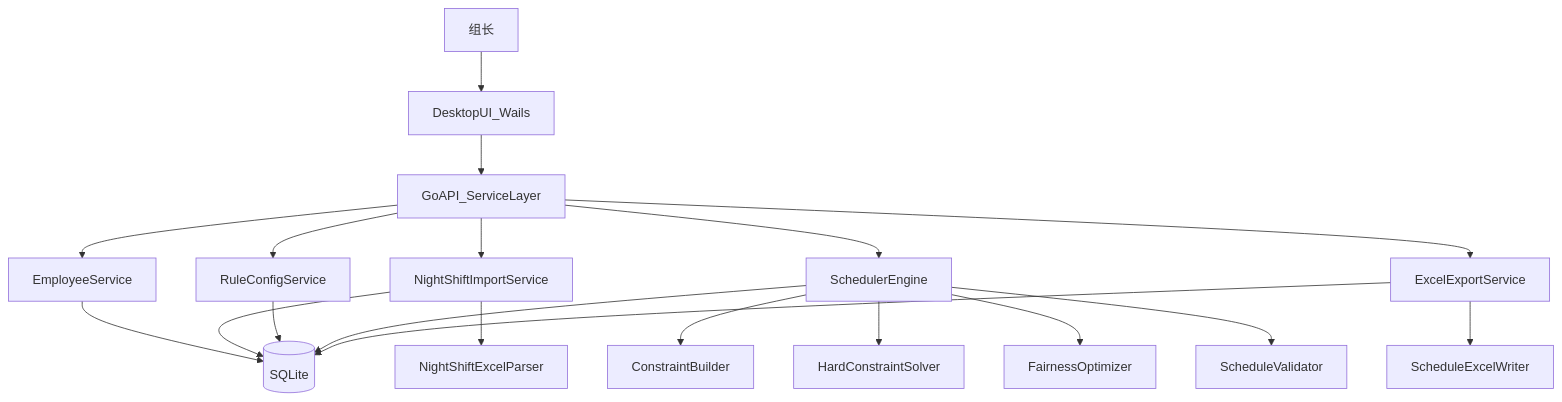
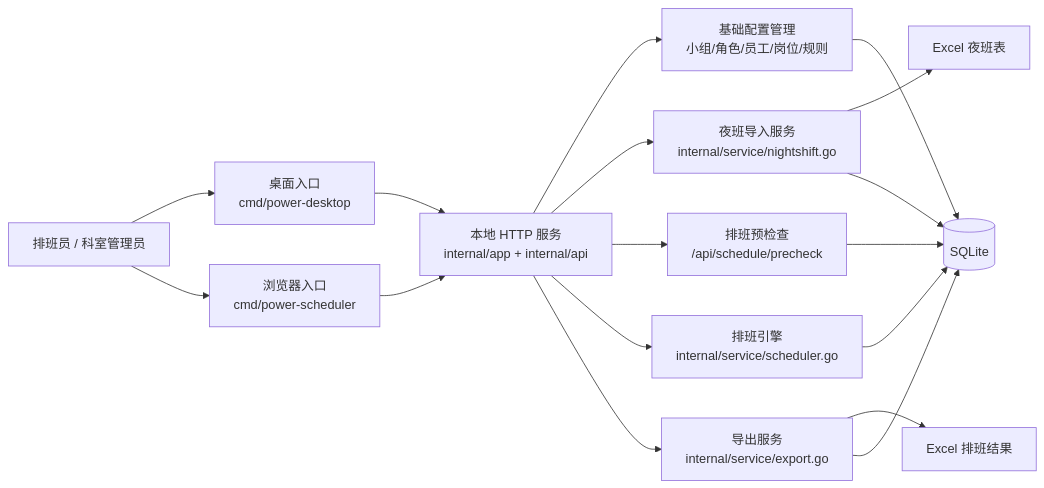
The first of 2 diagrams in doc/#U65b9#U6848-#U533b#U9662#U68c0#U9a8c#U79d1#U6392#U73ed#U7cfb#U7edf.md (ljlooper/gentley-yym), drawn with Mermaid before and after one commit. The commit also changed other lines of this file and 2 other files, not shown here.

````diff
--- a/doc/#U65b9#U6848-#U533b#U9662#U68c0#U9a8c#U79d1#U6392#U73ed#U7cfb#U7edf.md
+++ b/doc/#U65b9#U6848-#U533b#U9662#U68c0#U9a8c#U79d1#U6392#U73ed#U7cfb#U7edf.md
@@ -73,25 +59,23 @@
-  ```mermaid
-  flowchart TD
-    user[组长] --> ui[DesktopUI_Wails]
-    ui --> api[GoAPI_ServiceLayer]
-  
-    api --> employeeSvc[EmployeeService]
-    api --> nightSvc[NightShiftImportService]
-    api --> ruleSvc[RuleConfigService]
-    api --> scheduler[SchedulerEngine]
-    api --> exportSvc[ExcelExportService]
-  
-    nightSvc --> excelIn[NightShiftExcelParser]
-    exportSvc --> excelOut[ScheduleExcelWriter]
-  
-    scheduler --> constraintBuilder[ConstraintBuilder]
-    scheduler --> solver[HardConstraintSolver]
-    scheduler --> optimizer[FairnessOptimizer]
-    scheduler --> validator[ScheduleValidator]
-  
-    employeeSvc --> db[(SQLite)]
-    nightSvc --> db
-    ruleSvc --> db
-    scheduler --> db
-    exportSvc --> db
-  ```
+```mermaid
+flowchart LR
+    user[排班员 / 科室管理员] --> desktop[桌面入口<br/>cmd/power-desktop]
+    user --> browser[浏览器入口<br/>cmd/power-scheduler]
+
+    desktop --> server[本地 HTTP 服务<br/>internal/app + internal/api]
+    browser --> server
+
+    server --> config[基础配置管理<br/>小组/角色/员工/岗位/规则]
+    server --> night[夜班导入服务<br/>internal/service/nightshift.go]
+    server --> precheck[排班预检查<br/>/api/schedule/precheck]
+    server --> schedule[排班引擎<br/>internal/service/scheduler.go]
+    server --> export[导出服务<br/>internal/service/export.go]
+
+    night --> excelIn[Excel 夜班表]
+    export --> excelOut[Excel 排班结果]
+
+    config --> db[(SQLite)]
+    night --> db
+    precheck --> db
+    schedule --> db
+    export --> db
+```
````
